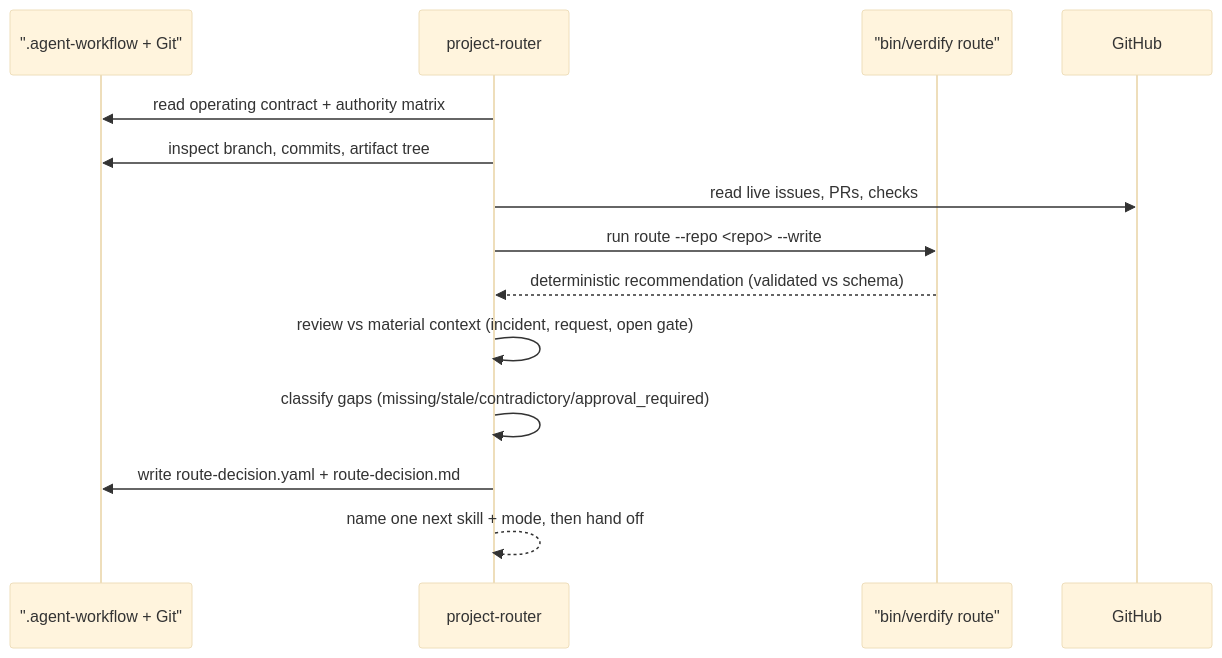
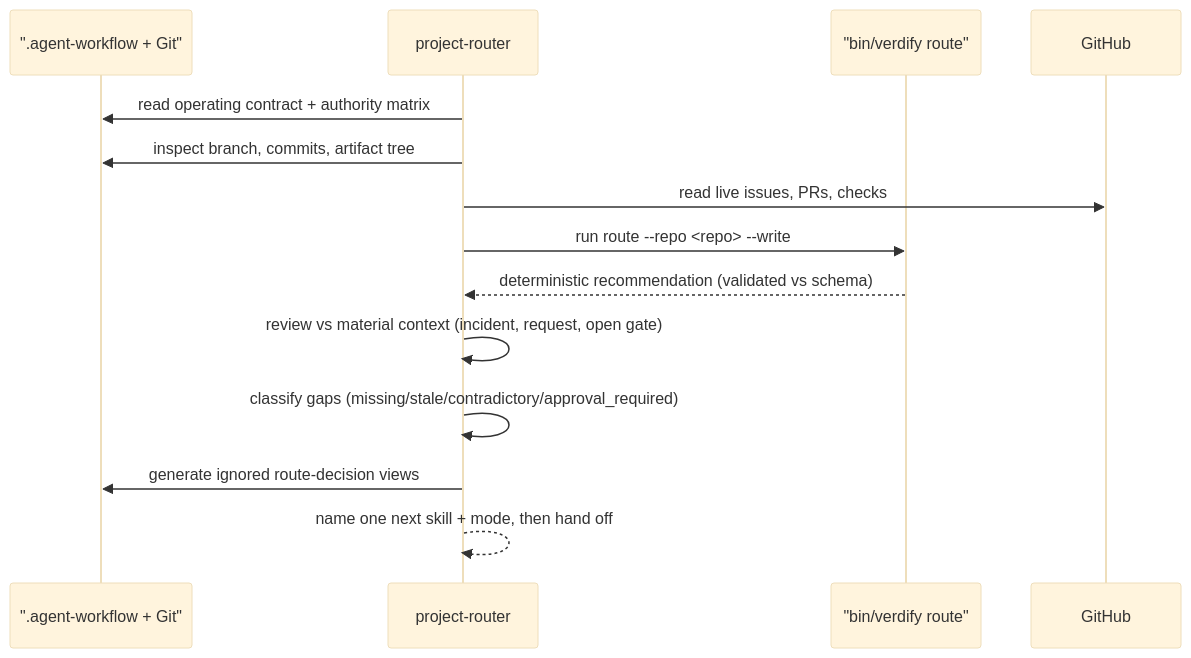
Before and after one commit to VerdifyConsultancy/verdify-skills: the diagram in docs/skills/per-skill/project-router.md, drawn with Mermaid (base theme). The commit also changed other lines of this file and 15 other files, not shown here.

````diff
--- a/docs/skills/per-skill/project-router.md
+++ b/docs/skills/per-skill/project-router.md
@@ -56,16 +57,16 @@
 ```mermaid
 sequenceDiagram
     participant Repo as ".agent-workflow + Git"
     participant PR as project-router
     participant CLI as "bin/verdify route"
     participant GH as GitHub
     PR->>Repo: read operating contract + authority matrix
     PR->>Repo: inspect branch, commits, artifact tree
     PR->>GH: read live issues, PRs, checks
     PR->>CLI: run route --repo <repo> --write
     CLI-->>PR: deterministic recommendation (validated vs schema)
     PR->>PR: review vs material context (incident, request, open gate)
     PR->>PR: classify gaps (missing/stale/contradictory/approval_required)
-    PR->>Repo: write route-decision.yaml + route-decision.md
+    PR->>Repo: generate ignored route-decision views
     PR-->>PR: name one next skill + mode, then hand off
 ```
````
